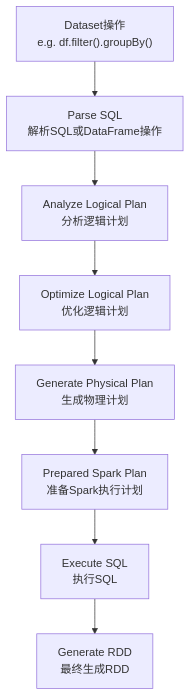
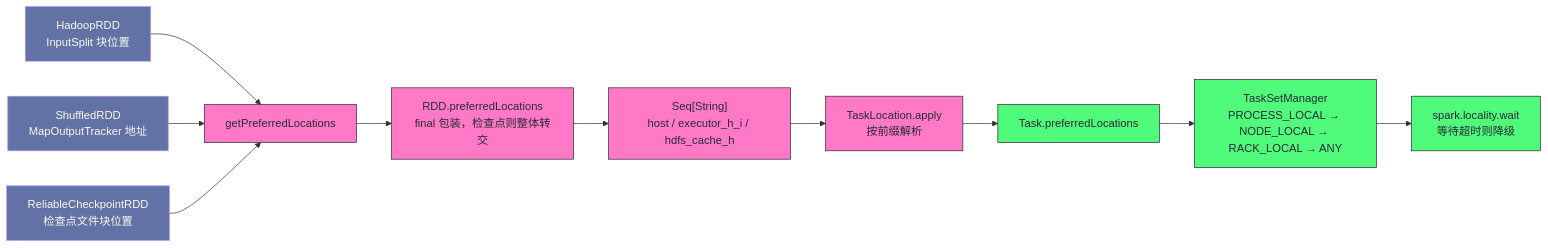
Before and after one commit to hpliStartAgain/my-brain: the fourth of 6 diagrams in content/大数据/Spark/读书笔记-spark内核/01_核心概念与基础/5. Spark_RDD内部机制深度解析.md, drawn with Mermaid. The commit also changed other lines of this file and 259 other files, not shown here.

````diff
--- a/content/大数据/Spark/读书笔记-spark内核/01_核心概念与基础/5. Spark_RDD内部机制深度解析.md
+++ b/content/大数据/Spark/读书笔记-spark内核/01_核心概念与基础/5. Spark_RDD内部机制深度解析.md
@@ -338,11 +514,19 @@
 ```mermaid
-flowchart TD
-    A["Dataset操作<br/>e.g. df.filter().groupBy()"] 
-    --> B["Parse SQL<br/>解析SQL或DataFrame操作"]
-    B --> C["Analyze Logical Plan<br/>分析逻辑计划"]
-    C --> D["Optimize Logical Plan<br/>优化逻辑计划"]
-    D --> E["Generate Physical Plan<br/>生成物理计划"]
-    E --> F["Prepared Spark Plan<br/>准备Spark执行计划"]
-    F --> G["Execute SQL<br/>执行SQL"]
-    G --> H["Generate RDD<br/>最终生成RDD"]
+%%{init: {'theme': 'dracula'}}%%
+flowchart LR
+    A["HadoopRDD<br/>InputSplit 块位置"] --> P["getPreferredLocations"]
+    B["ShuffledRDD<br/>MapOutputTracker 地址"] --> P
+    C["ReliableCheckpointRDD<br/>检查点文件块位置"] --> P
+    P --> F["RDD.preferredLocations<br/>final 包装，检查点则整体转交"]
+    F --> S["Seq[String]<br/>host / executor_h_i / hdfs_cache_h"]
+    S --> L["TaskLocation.apply<br/>按前缀解析"]
+    L --> T["Task.preferredLocations"]
+    T --> M["TaskSetManager<br/>PROCESS_LOCAL → NODE_LOCAL → RACK_LOCAL → ANY"]
+    M --> W["spark.locality.wait<br/>等待超时则降级"]
+    classDef src fill:#6272a4,stroke:#bd93f9,color:#f8f8f2
+    classDef mid fill:#ff79c6,stroke:#282a36,color:#282a36
+    classDef out fill:#50fa7b,stroke:#282a36,color:#282a36
+    class A,B,C src
+    class P,F,S,L mid
+    class T,M,W out
 ```
````
